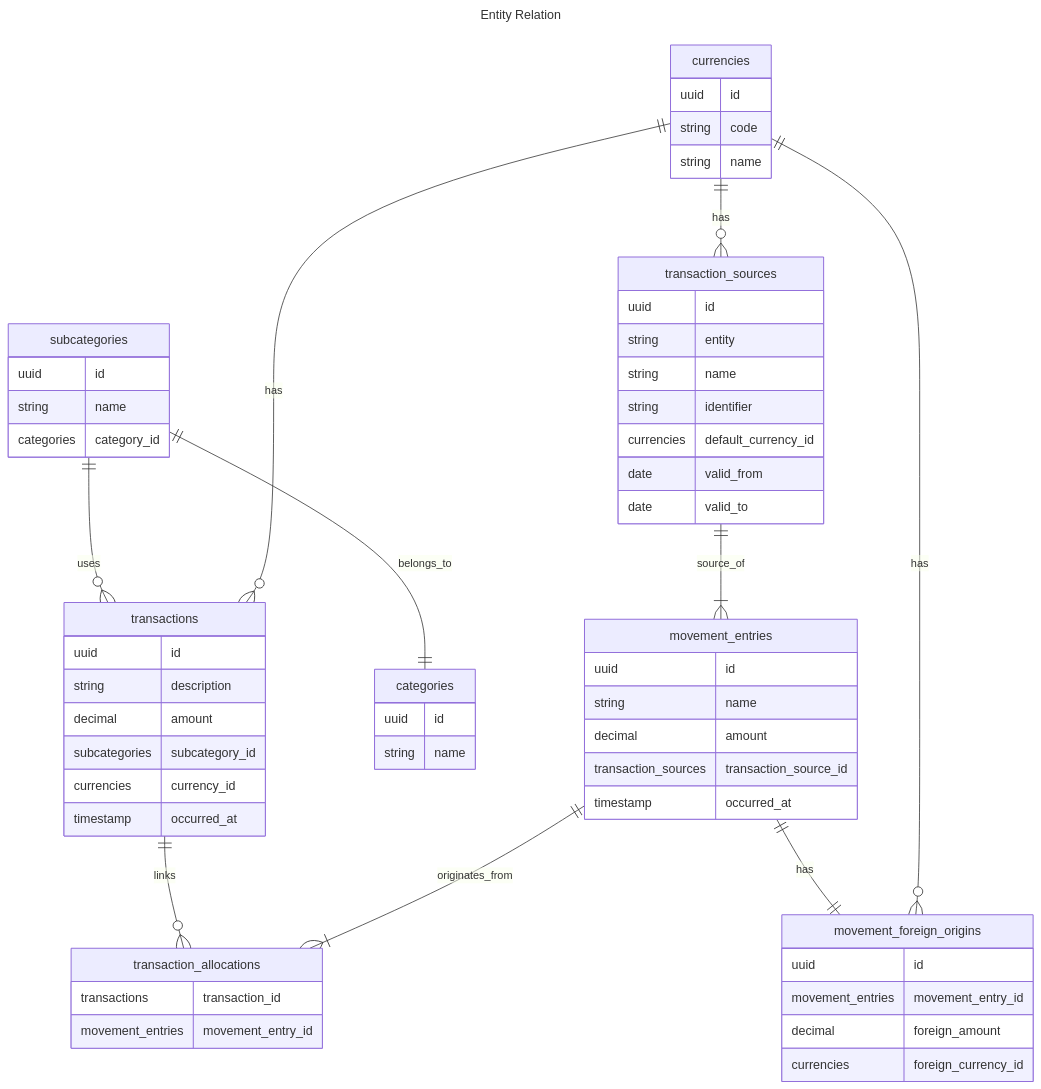
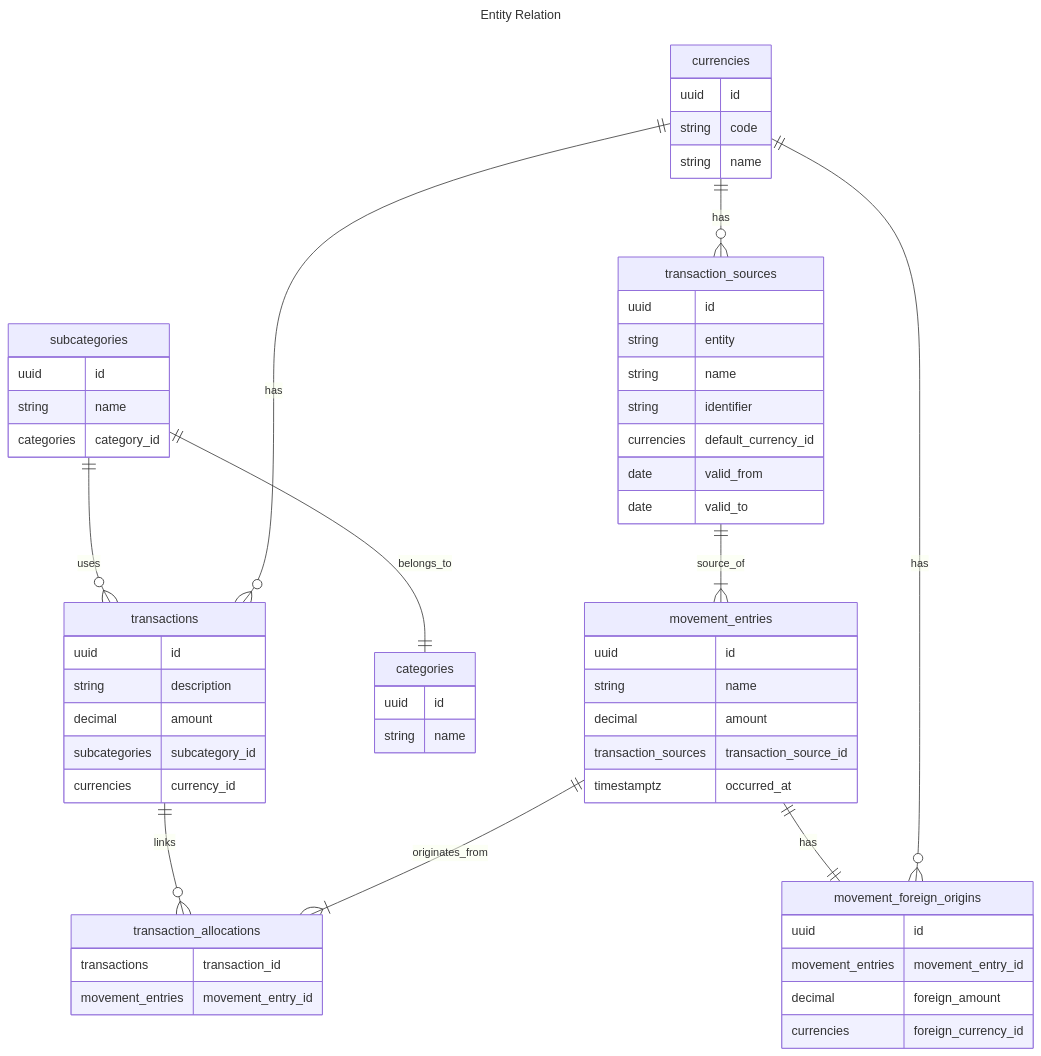
One commit to manuelrmenesesr/finales changed the diagram in docs/er.md. Above: the diagram before and after it, drawn with Mermaid.

Commit message:
refactor(er.md): remove occurred_at from transactions and use TIMESTAMPTZ in movement_entries

````diff
--- a/docs/er.md
+++ b/docs/er.md
@@ -1,64 +1,63 @@
 ```mermaid
 ---
 title: Entity Relation
 ---
 erDiagram
     transactions ||--o{ transaction_allocations : links
     subcategories ||--o{ transactions : uses
     subcategories ||--|| categories : belongs_to
     currencies ||--o{ transactions : has
     movement_entries ||--|{ transaction_allocations : originates_from
     movement_entries ||--|| movement_foreign_origins : has
     currencies ||--o{ movement_foreign_origins : has
     transaction_sources ||--|{ movement_entries : source_of
     currencies ||--o{ transaction_sources : has
 
     transactions {
         uuid id
         string description
         decimal amount
         subcategories subcategory_id
         currencies currency_id
-        timestamp occurred_at
     }
     movement_entries {
         uuid id
         string name
         decimal amount
         transaction_sources transaction_source_id
-        timestamp occurred_at
+        timestamptz occurred_at
     }
     movement_foreign_origins {
         uuid id
         movement_entries movement_entry_id
         decimal foreign_amount
         currencies foreign_currency_id
     }
     transaction_allocations {
         transactions transaction_id
         movement_entries movement_entry_id
     }
     categories {
         uuid id
         string name
     }
     subcategories {
         uuid id
         string name
         categories category_id
     }
     currencies {
         uuid id
         string code
         string name
     }
     transaction_sources {
         uuid id
         string entity
         string name
         string identifier
         currencies default_currency_id
         date valid_from
         date valid_to
     }
 ```
````
